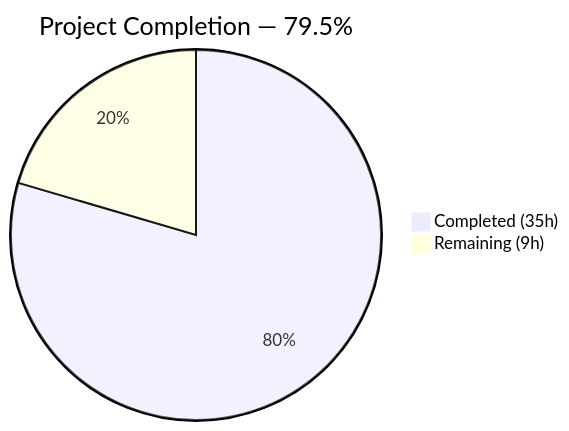
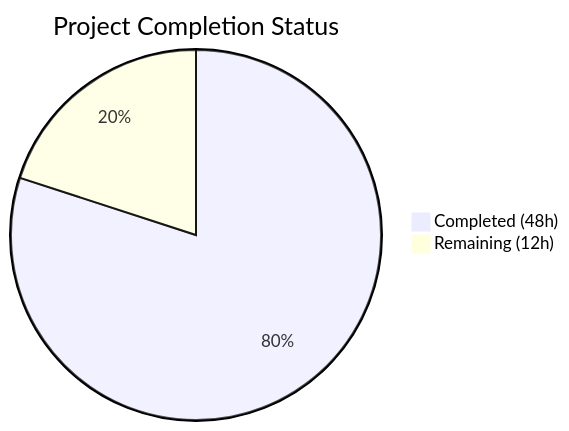
One commit to Sandeep01Kumar/05-march-existing-projects-qa-test-1 changed the first of 2 diagrams in blitzy/documentation/Project Guide.md. Above: the diagram before and after it, drawn with Mermaid. The commit also changed other lines of this file, not shown here.

Commit message:
Adding Blitzy Project Guide: Project Status and Human Tasks Remaining

````diff
--- a/blitzy/documentation/Project Guide.md
+++ b/blitzy/documentation/Project Guide.md
@@ -13,5 +13,5 @@
 ```mermaid
-pie title Project Completion — 79.5%
-    "Completed (35h)" : 35
-    "Remaining (9h)" : 9
+pie title Project Completion Status
+    "Completed (48h)" : 48
+    "Remaining (12h)" : 12
 ```
````
